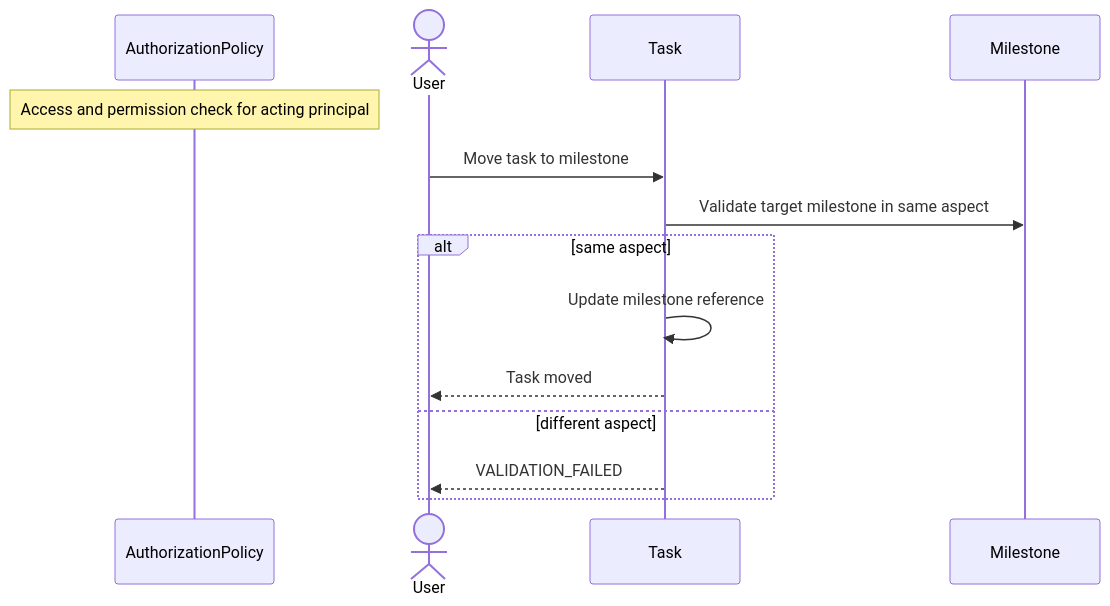
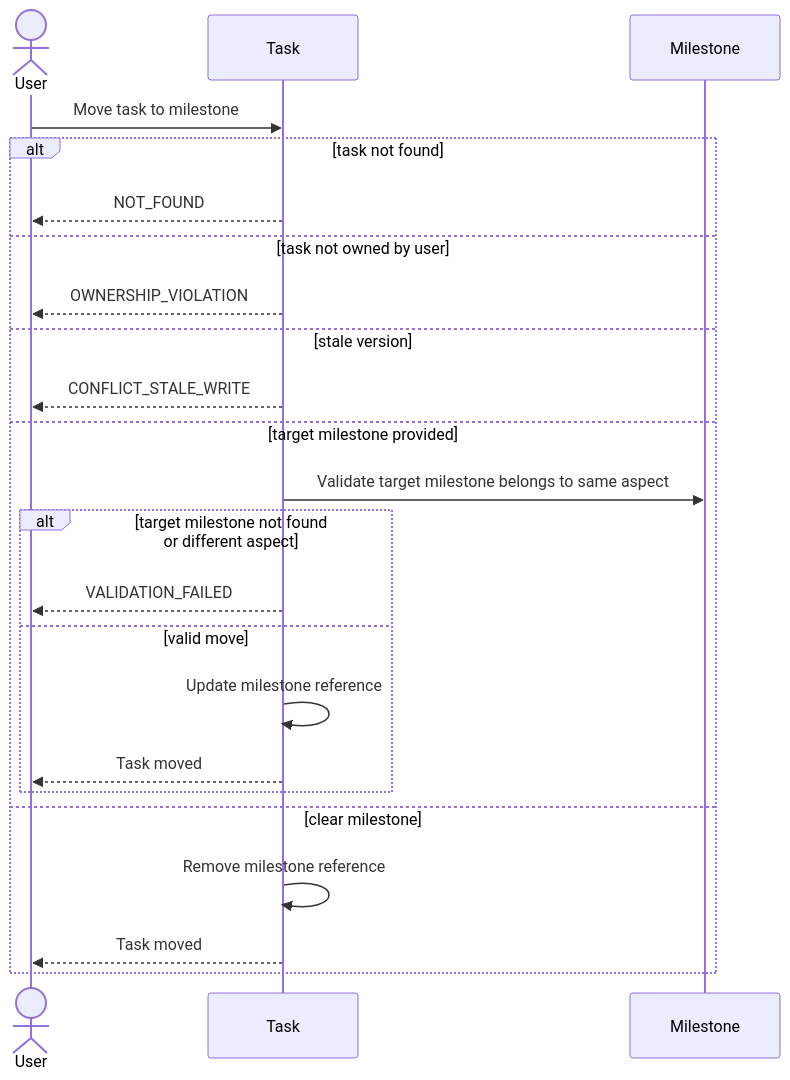
One commit to ChidiRnweke/margin changed the third of 15 diagrams in architecture/sequence-diagrams/03-tasks-recurrence.md. Above: the diagram before and after it, drawn with Mermaid. The commit also changed other lines of this file and 12 other files, not shown here.

Commit message:
Enhance sequence diagrams and introduce traceability matrix

````diff
--- a/architecture/sequence-diagrams/03-tasks-recurrence.md
+++ b/architecture/sequence-diagrams/03-tasks-recurrence.md
@@ -41,16 +62,25 @@
 ```mermaid
 sequenceDiagram
-    participant G as AuthorizationPolicy
-    Note over G: Access and permission check for acting principal
     actor U as User
     participant T as Task
     participant M as Milestone
     U->>T: Move task to milestone
-    T->>M: Validate target milestone in same aspect
-    alt same aspect
-      T->>T: Update milestone reference
-      T-->>U: Task moved
-    else different aspect
-      T-->>U: VALIDATION_FAILED
+    alt task not found
+        T-->>U: NOT_FOUND
+    else task not owned by user
+        T-->>U: OWNERSHIP_VIOLATION
+    else stale version
+        T-->>U: CONFLICT_STALE_WRITE
+    else target milestone provided
+        T->>M: Validate target milestone belongs to same aspect
+        alt target milestone not found or different aspect
+            T-->>U: VALIDATION_FAILED
+        else valid move
+            T->>T: Update milestone reference
+            T-->>U: Task moved
+        end
+    else clear milestone
+        T->>T: Remove milestone reference
+        T-->>U: Task moved
     end
 ```
````
